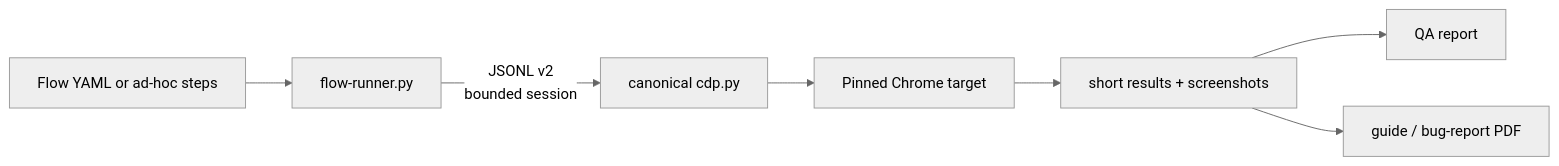
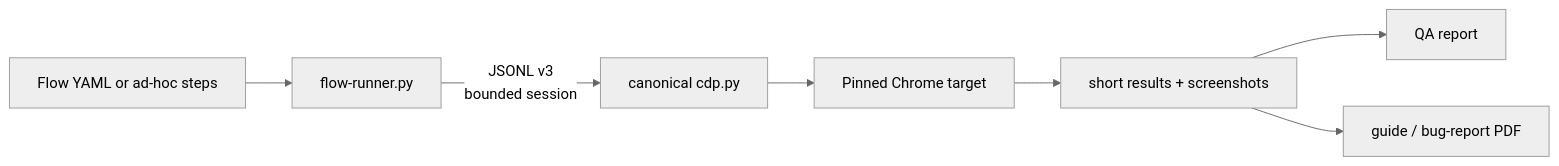
One commit to Teibto/teibto-browser-qa changed the diagram in README.md. Above: the diagram before and after it, drawn with Mermaid (neutral theme). The commit also changed other lines of this file and 16 other files, not shown here.

````diff
--- a/README.md
+++ b/README.md
@@ -33,9 +33,9 @@
 ```mermaid
 flowchart LR
     spec["Flow YAML or ad-hoc steps"] --> runner["flow-runner.py"]
-    runner -->|"JSONL v2<br/>bounded session"| cdp["canonical cdp.py"]
+    runner -->|"JSONL v3<br/>bounded session"| cdp["canonical cdp.py"]
     cdp --> chrome["Pinned Chrome target"]
     chrome --> evidence["short results + screenshots"]
     evidence --> report["QA report"]
     evidence --> docs["guide / bug-report PDF"]
 ```
````
